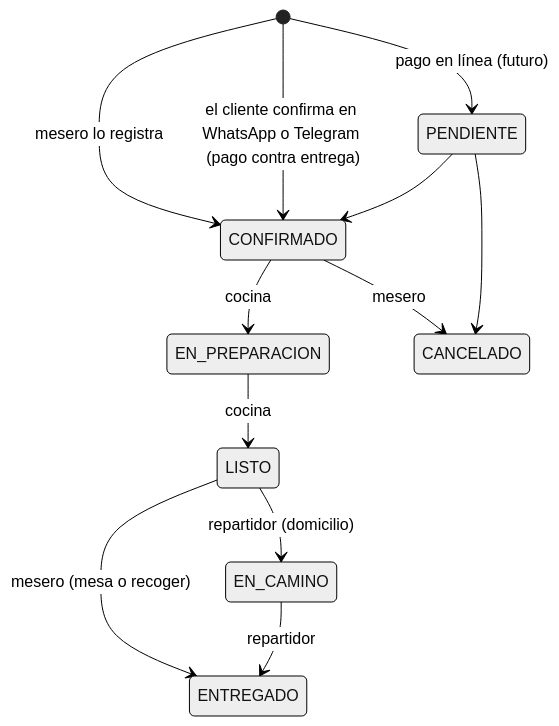
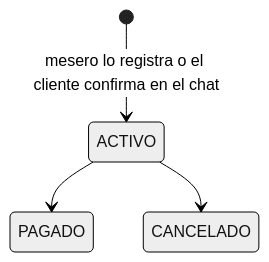
Before and after one commit to santrix12G/sistema-gestion-restaurante: the diagram in docs/arquitectura.md, drawn with Mermaid (neutral theme). The commit also changed other lines of this file and 46 other files, not shown here.

````diff
--- a/docs/arquitectura.md
+++ b/docs/arquitectura.md
@@ -48,14 +49,6 @@
 ```mermaid
 stateDiagram-v2
-    [*] --> CONFIRMADO: mesero lo registra
-    [*] --> CONFIRMADO: el cliente confirma en WhatsApp o Telegram (pago contra entrega)
-    [*] --> PENDIENTE: pago en línea (futuro)
-    PENDIENTE --> CONFIRMADO
-    PENDIENTE --> CANCELADO
-    CONFIRMADO --> EN_PREPARACION: cocina
-    CONFIRMADO --> CANCELADO: mesero
-    EN_PREPARACION --> LISTO: cocina
-    LISTO --> ENTREGADO: mesero (mesa o recoger)
-    LISTO --> EN_CAMINO: repartidor (domicilio)
-    EN_CAMINO --> ENTREGADO: repartidor
+    [*] --> ACTIVO: mesero lo registra o el cliente confirma en el chat
+    ACTIVO --> PAGADO
+    ACTIVO --> CANCELADO
 ```
````
